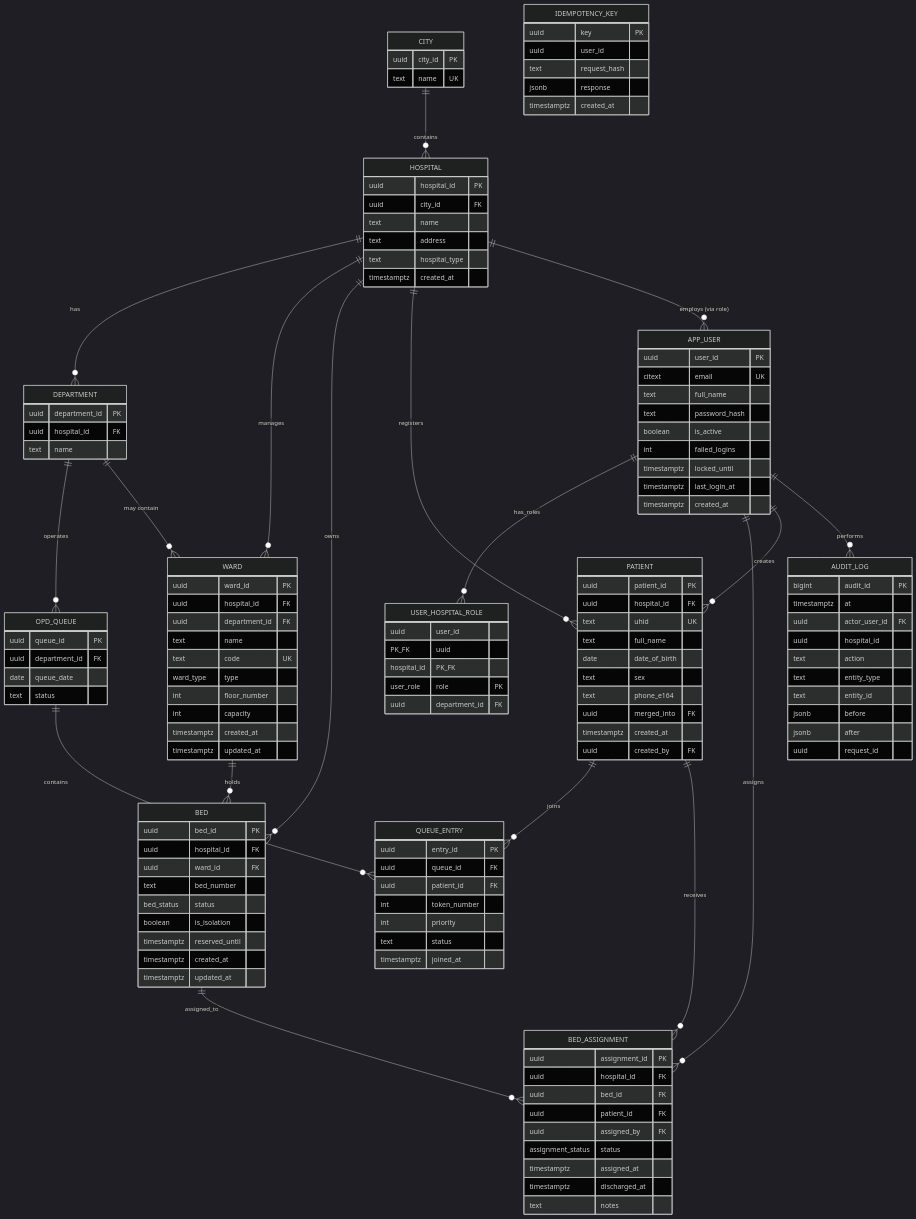
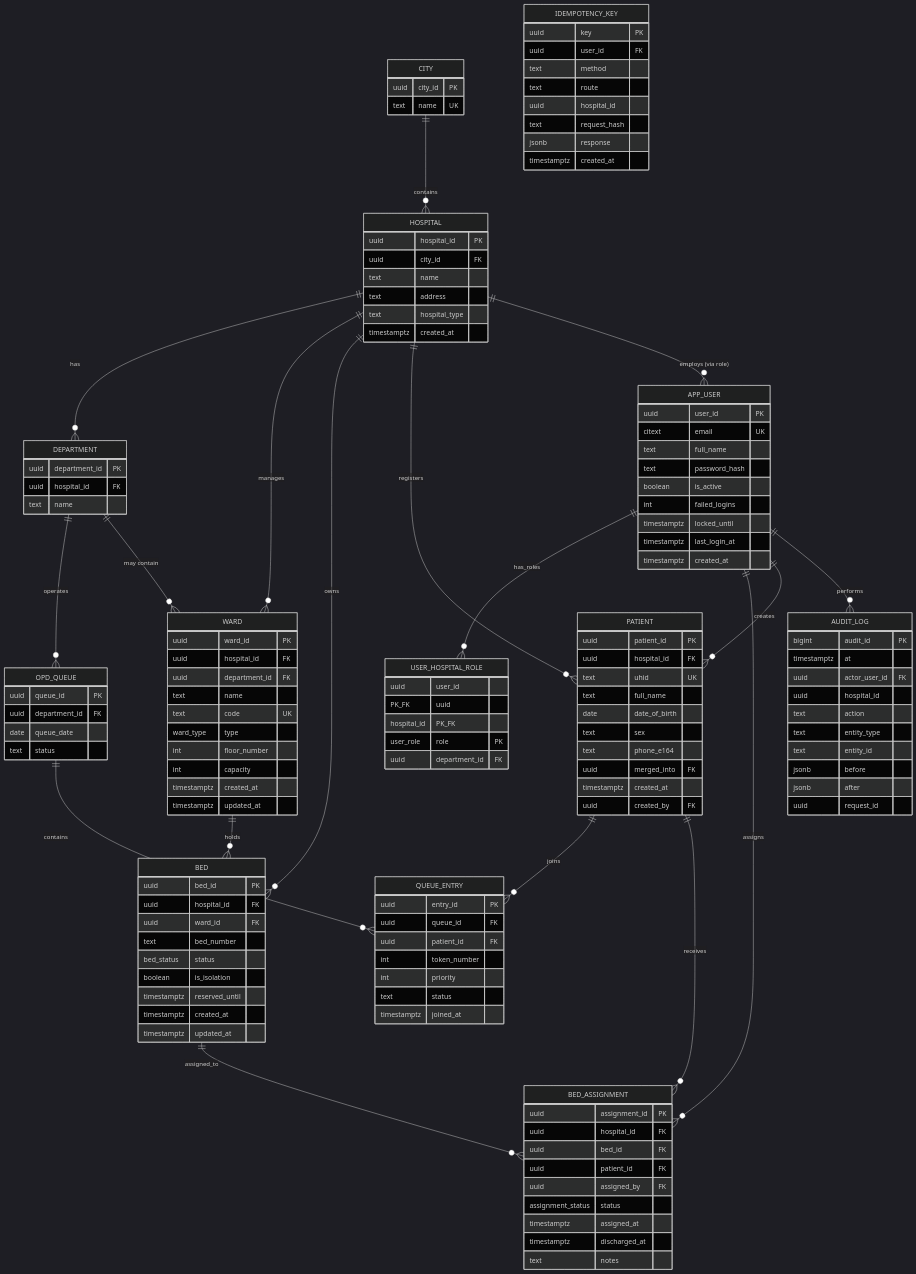
The first of 9 diagrams in documentation/Hospital_Management_System_Proposal.md (Ar1es-XD/AP-Project), drawn with Mermaid (dark theme) before and after one commit. The commit also changed other lines of this file and 2 other files, not shown here.

```diff
--- a/documentation/Hospital_Management_System_Proposal.md
+++ b/documentation/Hospital_Management_System_Proposal.md
@@ -261,7 +261,10 @@
 
     IDEMPOTENCY_KEY {
         uuid key PK
-        uuid user_id
+        uuid user_id FK
+        text method
+        text route
+        uuid hospital_id
         text request_hash
         jsonb response
         timestamptz created_at
```
